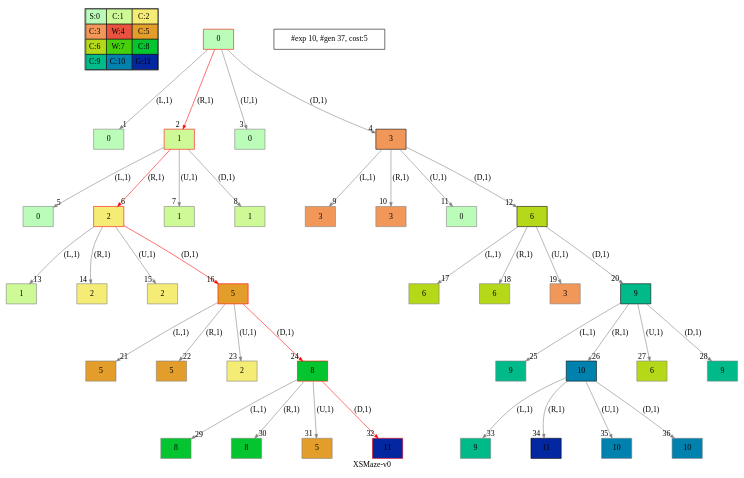
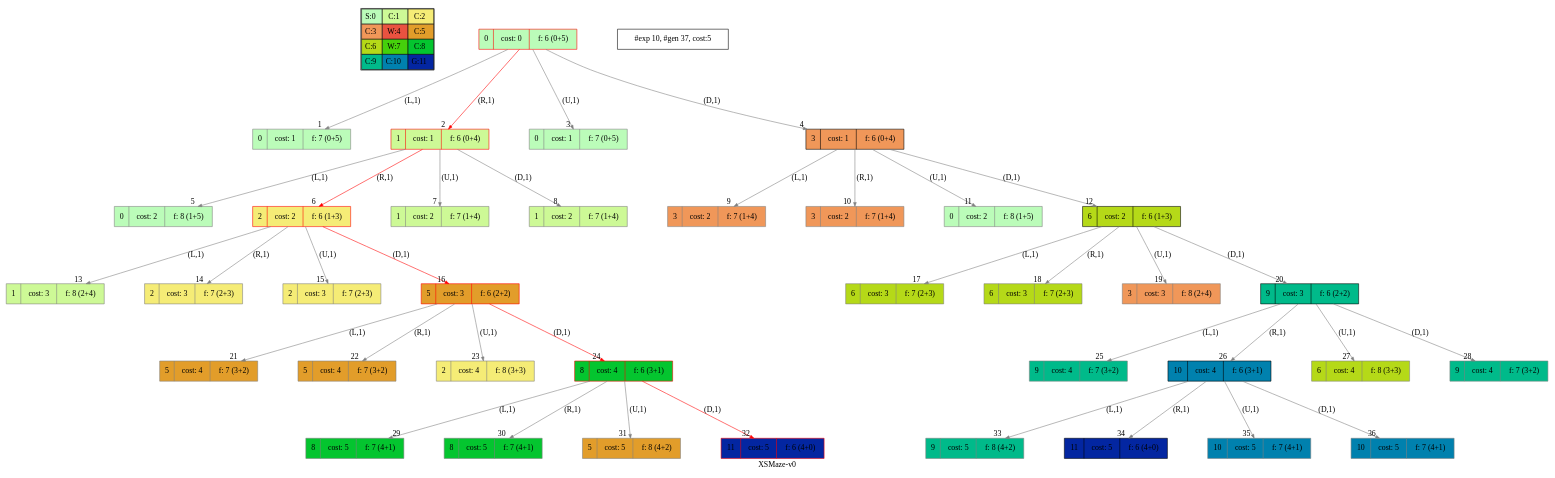
The diagram in viz/artifacts/tsp/dot/0-XSMaze-v0_1-astar.dot (blasco991/AI), drawn with Graphviz before and after one commit. The commit also changed 65 other files, not shown here.

```diff
--- a/viz/artifacts/tsp/dot/0-XSMaze-v0_1-astar.dot
+++ b/viz/artifacts/tsp/dot/0-XSMaze-v0_1-astar.dot
@@ -1,40 +1,40 @@
 digraph XSMaze { label="XSMaze-v0" nodesep=1 ranksep="1.2" node [shape=record] edge [arrowsize=0.7] 
 subgraph MAP {label=Map;map [shape=plaintext label=<<table border="1" cellpadding="5" cellspacing="0" cellborder="1"><tr><td bgcolor="0.32745098 0.267733   0.99083125 1.        ">S:0</td><td bgcolor="0.24117647 0.39545121 0.97940977 1.        ">C:1</td><td bgcolor="0.15490196 0.51591783 0.96349314 1.        ">C:2</td></tr><tr><td bgcolor="0.06862745 0.62692381 0.94315443 1.        ">C:3</td><td bgcolor="0.01764706 0.72643357 0.91848699 1.        ">W:4</td><td bgcolor="0.10392157 0.81262237 0.88960401 1.        ">C:5</td></tr><tr><td bgcolor="0.19803922 0.88960401 0.8534438  1.        ">C:6</td><td bgcolor="0.28431373 0.94315443 0.81619691 1.        ">W:7</td><td bgcolor="0.37058824 0.97940977 0.77520398 1.        ">C:8</td></tr><tr><td bgcolor="0.45686275 0.99770518 0.73065313 1.        ">C:9</td><td bgcolor="0.54313725 0.99770518 0.68274886 1.        ">C:10</td><td bgcolor="0.62941176 0.97940977 0.63171101 1.        ">G:11</td></tr></table>>]} 
-"0_0" [label=0 style=filled color=grey fillcolor="0.32745098 0.267733   0.99083125 1.        " ];  
-"0_0" [label=" 0 " style=filled color=black color=red fillcolor="0.32745098 0.267733   0.99083125 1.        " ];  "0_0.0-0" [label=0 style=filled color=grey fillcolor="0.32745098 0.267733   0.99083125 1.        " ];   "0_0" -> "0_0.0-0" [label="(L,1)" headlabel=" 1 " color=grey ]; 
-"0_0.1-1" [label=1 style=filled color=grey color=red fillcolor="0.24117647 0.39545121 0.97940977 1.        " ];   "0_0" -> "0_0.1-1" [label="(R,1)" headlabel=" 2 " color=grey color=red ]; 
-"0_0.0-2" [label=0 style=filled color=grey fillcolor="0.32745098 0.267733   0.99083125 1.        " ];   "0_0" -> "0_0.0-2" [label="(U,1)" headlabel=" 3 " color=grey ]; 
-"0_0.3-3" [label=3 style=filled color=grey fillcolor="0.06862745 0.62692381 0.94315443 1.        " ];   "0_0" -> "0_0.3-3" [label="(D,1)" headlabel=" 4 " color=grey ]; 
-"0_0.1-1" [label=" 1 " style=filled color=black color=red fillcolor="0.24117647 0.39545121 0.97940977 1.        " ];  "0_0.1.0-0" [label=0 style=filled color=grey fillcolor="0.32745098 0.267733   0.99083125 1.        " ];   "0_0.1-1" -> "0_0.1.0-0" [label="(L,1)" headlabel=" 5 " color=grey ]; 
-"0_0.1.2-1" [label=2 style=filled color=grey color=red fillcolor="0.15490196 0.51591783 0.96349314 1.        " ];   "0_0.1-1" -> "0_0.1.2-1" [label="(R,1)" headlabel=" 6 " color=grey color=red ]; 
-"0_0.1.1-2" [label=1 style=filled color=grey fillcolor="0.24117647 0.39545121 0.97940977 1.        " ];   "0_0.1-1" -> "0_0.1.1-2" [label="(U,1)" headlabel=" 7 " color=grey ]; 
-"0_0.1.1-3" [label=1 style=filled color=grey fillcolor="0.24117647 0.39545121 0.97940977 1.        " ];   "0_0.1-1" -> "0_0.1.1-3" [label="(D,1)" headlabel=" 8 " color=grey ]; 
-"0_0.3-3" [label=" 3 " style=filled color=black fillcolor="0.06862745 0.62692381 0.94315443 1.        " ];  "0_0.3.3-0" [label=3 style=filled color=grey fillcolor="0.06862745 0.62692381 0.94315443 1.        " ];   "0_0.3-3" -> "0_0.3.3-0" [label="(L,1)" headlabel=" 9 " color=grey ]; 
-"0_0.3.3-1" [label=3 style=filled color=grey fillcolor="0.06862745 0.62692381 0.94315443 1.        " ];   "0_0.3-3" -> "0_0.3.3-1" [label="(R,1)" headlabel=" 10 " color=grey ]; 
-"0_0.3.0-2" [label=0 style=filled color=grey fillcolor="0.32745098 0.267733   0.99083125 1.        " ];   "0_0.3-3" -> "0_0.3.0-2" [label="(U,1)" headlabel=" 11 " color=grey ]; 
-"0_0.3.6-3" [label=6 style=filled color=grey fillcolor="0.19803922 0.88960401 0.8534438  1.        " ];   "0_0.3-3" -> "0_0.3.6-3" [label="(D,1)" headlabel=" 12 " color=grey ]; 
-"0_0.1.2-1" [label=" 2 " style=filled color=black color=red fillcolor="0.15490196 0.51591783 0.96349314 1.        " ];  "0_0.1.2.1-0" [label=1 style=filled color=grey fillcolor="0.24117647 0.39545121 0.97940977 1.        " ];   "0_0.1.2-1" -> "0_0.1.2.1-0" [label="(L,1)" headlabel=" 13 " color=grey ]; 
-"0_0.1.2.2-1" [label=2 style=filled color=grey fillcolor="0.15490196 0.51591783 0.96349314 1.        " ];   "0_0.1.2-1" -> "0_0.1.2.2-1" [label="(R,1)" headlabel=" 14 " color=grey ]; 
-"0_0.1.2.2-2" [label=2 style=filled color=grey fillcolor="0.15490196 0.51591783 0.96349314 1.        " ];   "0_0.1.2-1" -> "0_0.1.2.2-2" [label="(U,1)" headlabel=" 15 " color=grey ]; 
-"0_0.1.2.5-3" [label=5 style=filled color=grey color=red fillcolor="0.10392157 0.81262237 0.88960401 1.        " ];   "0_0.1.2-1" -> "0_0.1.2.5-3" [label="(D,1)" headlabel=" 16 " color=grey color=red ]; 
-"0_0.3.6-3" [label=" 6 " style=filled color=black fillcolor="0.19803922 0.88960401 0.8534438  1.        " ];  "0_0.3.6.6-0" [label=6 style=filled color=grey fillcolor="0.19803922 0.88960401 0.8534438  1.        " ];   "0_0.3.6-3" -> "0_0.3.6.6-0" [label="(L,1)" headlabel=" 17 " color=grey ]; 
-"0_0.3.6.6-1" [label=6 style=filled color=grey fillcolor="0.19803922 0.88960401 0.8534438  1.        " ];   "0_0.3.6-3" -> "0_0.3.6.6-1" [label="(R,1)" headlabel=" 18 " color=grey ]; 
-"0_0.3.6.3-2" [label=3 style=filled color=grey fillcolor="0.06862745 0.62692381 0.94315443 1.        " ];   "0_0.3.6-3" -> "0_0.3.6.3-2" [label="(U,1)" headlabel=" 19 " color=grey ]; 
-"0_0.3.6.9-3" [label=9 style=filled color=grey fillcolor="0.45686275 0.99770518 0.73065313 1.        " ];   "0_0.3.6-3" -> "0_0.3.6.9-3" [label="(D,1)" headlabel=" 20 " color=grey ]; 
-"0_0.1.2.5-3" [label=" 5 " style=filled color=black color=red fillcolor="0.10392157 0.81262237 0.88960401 1.        " ];  "0_0.1.2.5.5-0" [label=5 style=filled color=grey fillcolor="0.10392157 0.81262237 0.88960401 1.        " ];   "0_0.1.2.5-3" -> "0_0.1.2.5.5-0" [label="(L,1)" headlabel=" 21 " color=grey ]; 
-"0_0.1.2.5.5-1" [label=5 style=filled color=grey fillcolor="0.10392157 0.81262237 0.88960401 1.        " ];   "0_0.1.2.5-3" -> "0_0.1.2.5.5-1" [label="(R,1)" headlabel=" 22 " color=grey ]; 
-"0_0.1.2.5.2-2" [label=2 style=filled color=grey fillcolor="0.15490196 0.51591783 0.96349314 1.        " ];   "0_0.1.2.5-3" -> "0_0.1.2.5.2-2" [label="(U,1)" headlabel=" 23 " color=grey ]; 
-"0_0.1.2.5.8-3" [label=8 style=filled color=grey color=red fillcolor="0.37058824 0.97940977 0.77520398 1.        " ];   "0_0.1.2.5-3" -> "0_0.1.2.5.8-3" [label="(D,1)" headlabel=" 24 " color=grey color=red ]; 
-"0_0.3.6.9-3" [label=" 9 " style=filled color=black fillcolor="0.45686275 0.99770518 0.73065313 1.        " ];  "0_0.3.6.9.9-0" [label=9 style=filled color=grey fillcolor="0.45686275 0.99770518 0.73065313 1.        " ];   "0_0.3.6.9-3" -> "0_0.3.6.9.9-0" [label="(L,1)" headlabel=" 25 " color=grey ]; 
-"0_0.3.6.9.10-1" [label=10 style=filled color=grey fillcolor="0.54313725 0.99770518 0.68274886 1.        " ];   "0_0.3.6.9-3" -> "0_0.3.6.9.10-1" [label="(R,1)" headlabel=" 26 " color=grey ]; 
-"0_0.3.6.9.6-2" [label=6 style=filled color=grey fillcolor="0.19803922 0.88960401 0.8534438  1.        " ];   "0_0.3.6.9-3" -> "0_0.3.6.9.6-2" [label="(U,1)" headlabel=" 27 " color=grey ]; 
-"0_0.3.6.9.9-3" [label=9 style=filled color=grey fillcolor="0.45686275 0.99770518 0.73065313 1.        " ];   "0_0.3.6.9-3" -> "0_0.3.6.9.9-3" [label="(D,1)" headlabel=" 28 " color=grey ]; 
-"0_0.1.2.5.8-3" [label=" 8 " style=filled color=black color=red fillcolor="0.37058824 0.97940977 0.77520398 1.        " ];  "0_0.1.2.5.8.8-0" [label=8 style=filled color=grey fillcolor="0.37058824 0.97940977 0.77520398 1.        " ];   "0_0.1.2.5.8-3" -> "0_0.1.2.5.8.8-0" [label="(L,1)" headlabel=" 29 " color=grey ]; 
-"0_0.1.2.5.8.8-1" [label=8 style=filled color=grey fillcolor="0.37058824 0.97940977 0.77520398 1.        " ];   "0_0.1.2.5.8-3" -> "0_0.1.2.5.8.8-1" [label="(R,1)" headlabel=" 30 " color=grey ]; 
-"0_0.1.2.5.8.5-2" [label=5 style=filled color=grey fillcolor="0.10392157 0.81262237 0.88960401 1.        " ];   "0_0.1.2.5.8-3" -> "0_0.1.2.5.8.5-2" [label="(U,1)" headlabel=" 31 " color=grey ]; 
-"0_0.1.2.5.8.11-3" [label=" 11 " style=filled color=black color=red fillcolor="0.62941176 0.97940977 0.63171101 1.        " peripheries=2]; /*GOALSTATE*/  "0_0.1.2.5.8-3" -> "0_0.1.2.5.8.11-3" [label="(D,1)" headlabel=" 32 " color=grey color=red ]; 
-"0_0.3.6.9.10-1" [label=" 10 " style=filled color=black fillcolor="0.54313725 0.99770518 0.68274886 1.        " ];  "0_0.3.6.9.10.9-0" [label=9 style=filled color=grey fillcolor="0.45686275 0.99770518 0.73065313 1.        " ];   "0_0.3.6.9.10-1" -> "0_0.3.6.9.10.9-0" [label="(L,1)" headlabel=" 33 " color=grey ]; 
-"0_0.3.6.9.10.11-1" [label=" 11 " style=filled color=black fillcolor="0.62941176 0.97940977 0.63171101 1.        " peripheries=2]; /*GOALSTATE*/  "0_0.3.6.9.10-1" -> "0_0.3.6.9.10.11-1" [label="(R,1)" headlabel=" 34 " color=grey ]; 
-"0_0.3.6.9.10.10-2" [label=10 style=filled color=grey fillcolor="0.54313725 0.99770518 0.68274886 1.        " ];   "0_0.3.6.9.10-1" -> "0_0.3.6.9.10.10-2" [label="(U,1)" headlabel=" 35 " color=grey ]; 
-"0_0.3.6.9.10.10-3" [label=10 style=filled color=grey fillcolor="0.54313725 0.99770518 0.68274886 1.        " ];   "0_0.3.6.9.10-1" -> "0_0.3.6.9.10.10-3" [label="(D,1)" headlabel=" 36 " color=grey ];
+"0_0" [label="<f0>0 |<f1> cost: 0 |<f2> f: 6 (0+5)", style=filled color=grey fillcolor="0.32745098 0.267733   0.99083125 1.        "];  
+"0_0" [label="<f0>0 |<f1> cost: 0 |<f2> f: 6 (0+5)", style=filled color=black color=red fillcolor="0.32745098 0.267733   0.99083125 1.        "];  "0_0.0-0" [label="<f0>0 |<f1> cost: 1 |<f2> f: 7 (0+5)", style=filled color=grey fillcolor="0.32745098 0.267733   0.99083125 1.        "];   "0_0" -> "0_0.0-0" [label="(L,1)" headlabel=" 1 " color=grey ]; 
+"0_0.1-1" [label="<f0>1 |<f1> cost: 1 |<f2> f: 6 (0+4)", style=filled color=grey color=red fillcolor="0.24117647 0.39545121 0.97940977 1.        "];   "0_0" -> "0_0.1-1" [label="(R,1)" headlabel=" 2 " color=grey color=red ]; 
+"0_0.0-2" [label="<f0>0 |<f1> cost: 1 |<f2> f: 7 (0+5)", style=filled color=grey fillcolor="0.32745098 0.267733   0.99083125 1.        "];   "0_0" -> "0_0.0-2" [label="(U,1)" headlabel=" 3 " color=grey ]; 
+"0_0.3-3" [label="<f0>3 |<f1> cost: 1 |<f2> f: 6 (0+4)", style=filled color=grey fillcolor="0.06862745 0.62692381 0.94315443 1.        "];   "0_0" -> "0_0.3-3" [label="(D,1)" headlabel=" 4 " color=grey ]; 
+"0_0.1-1" [label="<f0>1 |<f1> cost: 1 |<f2> f: 6 (0+4)", style=filled color=black color=red fillcolor="0.24117647 0.39545121 0.97940977 1.        "];  "0_0.1.0-0" [label="<f0>0 |<f1> cost: 2 |<f2> f: 8 (1+5)", style=filled color=grey fillcolor="0.32745098 0.267733   0.99083125 1.        "];   "0_0.1-1" -> "0_0.1.0-0" [label="(L,1)" headlabel=" 5 " color=grey ]; 
+"0_0.1.2-1" [label="<f0>2 |<f1> cost: 2 |<f2> f: 6 (1+3)", style=filled color=grey color=red fillcolor="0.15490196 0.51591783 0.96349314 1.        "];   "0_0.1-1" -> "0_0.1.2-1" [label="(R,1)" headlabel=" 6 " color=grey color=red ]; 
+"0_0.1.1-2" [label="<f0>1 |<f1> cost: 2 |<f2> f: 7 (1+4)", style=filled color=grey fillcolor="0.24117647 0.39545121 0.97940977 1.        "];   "0_0.1-1" -> "0_0.1.1-2" [label="(U,1)" headlabel=" 7 " color=grey ]; 
+"0_0.1.1-3" [label="<f0>1 |<f1> cost: 2 |<f2> f: 7 (1+4)", style=filled color=grey fillcolor="0.24117647 0.39545121 0.97940977 1.        "];   "0_0.1-1" -> "0_0.1.1-3" [label="(D,1)" headlabel=" 8 " color=grey ]; 
+"0_0.3-3" [label="<f0>3 |<f1> cost: 1 |<f2> f: 6 (0+4)", style=filled color=black fillcolor="0.06862745 0.62692381 0.94315443 1.        "];  "0_0.3.3-0" [label="<f0>3 |<f1> cost: 2 |<f2> f: 7 (1+4)", style=filled color=grey fillcolor="0.06862745 0.62692381 0.94315443 1.        "];   "0_0.3-3" -> "0_0.3.3-0" [label="(L,1)" headlabel=" 9 " color=grey ]; 
+"0_0.3.3-1" [label="<f0>3 |<f1> cost: 2 |<f2> f: 7 (1+4)", style=filled color=grey fillcolor="0.06862745 0.62692381 0.94315443 1.        "];   "0_0.3-3" -> "0_0.3.3-1" [label="(R,1)" headlabel=" 10 " color=grey ]; 
+"0_0.3.0-2" [label="<f0>0 |<f1> cost: 2 |<f2> f: 8 (1+5)", style=filled color=grey fillcolor="0.32745098 0.267733   0.99083125 1.        "];   "0_0.3-3" -> "0_0.3.0-2" [label="(U,1)" headlabel=" 11 " color=grey ]; 
+"0_0.3.6-3" [label="<f0>6 |<f1> cost: 2 |<f2> f: 6 (1+3)", style=filled color=grey fillcolor="0.19803922 0.88960401 0.8534438  1.        "];   "0_0.3-3" -> "0_0.3.6-3" [label="(D,1)" headlabel=" 12 " color=grey ]; 
+"0_0.1.2-1" [label="<f0>2 |<f1> cost: 2 |<f2> f: 6 (1+3)", style=filled color=black color=red fillcolor="0.15490196 0.51591783 0.96349314 1.        "];  "0_0.1.2.1-0" [label="<f0>1 |<f1> cost: 3 |<f2> f: 8 (2+4)", style=filled color=grey fillcolor="0.24117647 0.39545121 0.97940977 1.        "];   "0_0.1.2-1" -> "0_0.1.2.1-0" [label="(L,1)" headlabel=" 13 " color=grey ]; 
+"0_0.1.2.2-1" [label="<f0>2 |<f1> cost: 3 |<f2> f: 7 (2+3)", style=filled color=grey fillcolor="0.15490196 0.51591783 0.96349314 1.        "];   "0_0.1.2-1" -> "0_0.1.2.2-1" [label="(R,1)" headlabel=" 14 " color=grey ]; 
+"0_0.1.2.2-2" [label="<f0>2 |<f1> cost: 3 |<f2> f: 7 (2+3)", style=filled color=grey fillcolor="0.15490196 0.51591783 0.96349314 1.        "];   "0_0.1.2-1" -> "0_0.1.2.2-2" [label="(U,1)" headlabel=" 15 " color=grey ]; 
+"0_0.1.2.5-3" [label="<f0>5 |<f1> cost: 3 |<f2> f: 6 (2+2)", style=filled color=grey color=red fillcolor="0.10392157 0.81262237 0.88960401 1.        "];   "0_0.1.2-1" -> "0_0.1.2.5-3" [label="(D,1)" headlabel=" 16 " color=grey color=red ]; 
+"0_0.3.6-3" [label="<f0>6 |<f1> cost: 2 |<f2> f: 6 (1+3)", style=filled color=black fillcolor="0.19803922 0.88960401 0.8534438  1.        "];  "0_0.3.6.6-0" [label="<f0>6 |<f1> cost: 3 |<f2> f: 7 (2+3)", style=filled color=grey fillcolor="0.19803922 0.88960401 0.8534438  1.        "];   "0_0.3.6-3" -> "0_0.3.6.6-0" [label="(L,1)" headlabel=" 17 " color=grey ]; 
+"0_0.3.6.6-1" [label="<f0>6 |<f1> cost: 3 |<f2> f: 7 (2+3)", style=filled color=grey fillcolor="0.19803922 0.88960401 0.8534438  1.        "];   "0_0.3.6-3" -> "0_0.3.6.6-1" [label="(R,1)" headlabel=" 18 " color=grey ]; 
+"0_0.3.6.3-2" [label="<f0>3 |<f1> cost: 3 |<f2> f: 8 (2+4)", style=filled color=grey fillcolor="0.06862745 0.62692381 0.94315443 1.        "];   "0_0.3.6-3" -> "0_0.3.6.3-2" [label="(U,1)" headlabel=" 19 " color=grey ]; 
+"0_0.3.6.9-3" [label="<f0>9 |<f1> cost: 3 |<f2> f: 6 (2+2)", style=filled color=grey fillcolor="0.45686275 0.99770518 0.73065313 1.        "];   "0_0.3.6-3" -> "0_0.3.6.9-3" [label="(D,1)" headlabel=" 20 " color=grey ]; 
+"0_0.1.2.5-3" [label="<f0>5 |<f1> cost: 3 |<f2> f: 6 (2+2)", style=filled color=black color=red fillcolor="0.10392157 0.81262237 0.88960401 1.        "];  "0_0.1.2.5.5-0" [label="<f0>5 |<f1> cost: 4 |<f2> f: 7 (3+2)", style=filled color=grey fillcolor="0.10392157 0.81262237 0.88960401 1.        "];   "0_0.1.2.5-3" -> "0_0.1.2.5.5-0" [label="(L,1)" headlabel=" 21 " color=grey ]; 
+"0_0.1.2.5.5-1" [label="<f0>5 |<f1> cost: 4 |<f2> f: 7 (3+2)", style=filled color=grey fillcolor="0.10392157 0.81262237 0.88960401 1.        "];   "0_0.1.2.5-3" -> "0_0.1.2.5.5-1" [label="(R,1)" headlabel=" 22 " color=grey ]; 
+"0_0.1.2.5.2-2" [label="<f0>2 |<f1> cost: 4 |<f2> f: 8 (3+3)", style=filled color=grey fillcolor="0.15490196 0.51591783 0.96349314 1.        "];   "0_0.1.2.5-3" -> "0_0.1.2.5.2-2" [label="(U,1)" headlabel=" 23 " color=grey ]; 
+"0_0.1.2.5.8-3" [label="<f0>8 |<f1> cost: 4 |<f2> f: 6 (3+1)", style=filled color=grey color=red fillcolor="0.37058824 0.97940977 0.77520398 1.        "];   "0_0.1.2.5-3" -> "0_0.1.2.5.8-3" [label="(D,1)" headlabel=" 24 " color=grey color=red ]; 
+"0_0.3.6.9-3" [label="<f0>9 |<f1> cost: 3 |<f2> f: 6 (2+2)", style=filled color=black fillcolor="0.45686275 0.99770518 0.73065313 1.        "];  "0_0.3.6.9.9-0" [label="<f0>9 |<f1> cost: 4 |<f2> f: 7 (3+2)", style=filled color=grey fillcolor="0.45686275 0.99770518 0.73065313 1.        "];   "0_0.3.6.9-3" -> "0_0.3.6.9.9-0" [label="(L,1)" headlabel=" 25 " color=grey ]; 
+"0_0.3.6.9.10-1" [label="<f0>10 |<f1> cost: 4 |<f2> f: 6 (3+1)", style=filled color=grey fillcolor="0.54313725 0.99770518 0.68274886 1.        "];   "0_0.3.6.9-3" -> "0_0.3.6.9.10-1" [label="(R,1)" headlabel=" 26 " color=grey ]; 
+"0_0.3.6.9.6-2" [label="<f0>6 |<f1> cost: 4 |<f2> f: 8 (3+3)", style=filled color=grey fillcolor="0.19803922 0.88960401 0.8534438  1.        "];   "0_0.3.6.9-3" -> "0_0.3.6.9.6-2" [label="(U,1)" headlabel=" 27 " color=grey ]; 
+"0_0.3.6.9.9-3" [label="<f0>9 |<f1> cost: 4 |<f2> f: 7 (3+2)", style=filled color=grey fillcolor="0.45686275 0.99770518 0.73065313 1.        "];   "0_0.3.6.9-3" -> "0_0.3.6.9.9-3" [label="(D,1)" headlabel=" 28 " color=grey ]; 
+"0_0.1.2.5.8-3" [label="<f0>8 |<f1> cost: 4 |<f2> f: 6 (3+1)", style=filled color=black color=red fillcolor="0.37058824 0.97940977 0.77520398 1.        "];  "0_0.1.2.5.8.8-0" [label="<f0>8 |<f1> cost: 5 |<f2> f: 7 (4+1)", style=filled color=grey fillcolor="0.37058824 0.97940977 0.77520398 1.        "];   "0_0.1.2.5.8-3" -> "0_0.1.2.5.8.8-0" [label="(L,1)" headlabel=" 29 " color=grey ]; 
+"0_0.1.2.5.8.8-1" [label="<f0>8 |<f1> cost: 5 |<f2> f: 7 (4+1)", style=filled color=grey fillcolor="0.37058824 0.97940977 0.77520398 1.        "];   "0_0.1.2.5.8-3" -> "0_0.1.2.5.8.8-1" [label="(R,1)" headlabel=" 30 " color=grey ]; 
+"0_0.1.2.5.8.5-2" [label="<f0>5 |<f1> cost: 5 |<f2> f: 8 (4+2)", style=filled color=grey fillcolor="0.10392157 0.81262237 0.88960401 1.        "];   "0_0.1.2.5.8-3" -> "0_0.1.2.5.8.5-2" [label="(U,1)" headlabel=" 31 " color=grey ]; 
+"0_0.1.2.5.8.11-3" [label="<f0>11 |<f1> cost: 5 |<f2> f: 6 (4+0)", style=filled color=black color=red fillcolor="0.62941176 0.97940977 0.63171101 1.        "]; /*GOALSTATE*/  "0_0.1.2.5.8-3" -> "0_0.1.2.5.8.11-3" [label="(D,1)" headlabel=" 32 " color=grey color=red ]; 
+"0_0.3.6.9.10-1" [label="<f0>10 |<f1> cost: 4 |<f2> f: 6 (3+1)", style=filled color=black fillcolor="0.54313725 0.99770518 0.68274886 1.        "];  "0_0.3.6.9.10.9-0" [label="<f0>9 |<f1> cost: 5 |<f2> f: 8 (4+2)", style=filled color=grey fillcolor="0.45686275 0.99770518 0.73065313 1.        "];   "0_0.3.6.9.10-1" -> "0_0.3.6.9.10.9-0" [label="(L,1)" headlabel=" 33 " color=grey ]; 
+"0_0.3.6.9.10.11-1" [label="<f0>11 |<f1> cost: 5 |<f2> f: 6 (4+0)", style=filled color=black fillcolor="0.62941176 0.97940977 0.63171101 1.        "]; /*GOALSTATE*/  "0_0.3.6.9.10-1" -> "0_0.3.6.9.10.11-1" [label="(R,1)" headlabel=" 34 " color=grey ]; 
+"0_0.3.6.9.10.10-2" [label="<f0>10 |<f1> cost: 5 |<f2> f: 7 (4+1)", style=filled color=grey fillcolor="0.54313725 0.99770518 0.68274886 1.        "];   "0_0.3.6.9.10-1" -> "0_0.3.6.9.10.10-2" [label="(U,1)" headlabel=" 35 " color=grey ]; 
+"0_0.3.6.9.10.10-3" [label="<f0>10 |<f1> cost: 5 |<f2> f: 7 (4+1)", style=filled color=grey fillcolor="0.54313725 0.99770518 0.68274886 1.        "];   "0_0.3.6.9.10-1" -> "0_0.3.6.9.10.10-3" [label="(D,1)" headlabel=" 36 " color=grey ];
 "#exp 10, #gen 37, cost:5" [ shape=box ]; }
```
